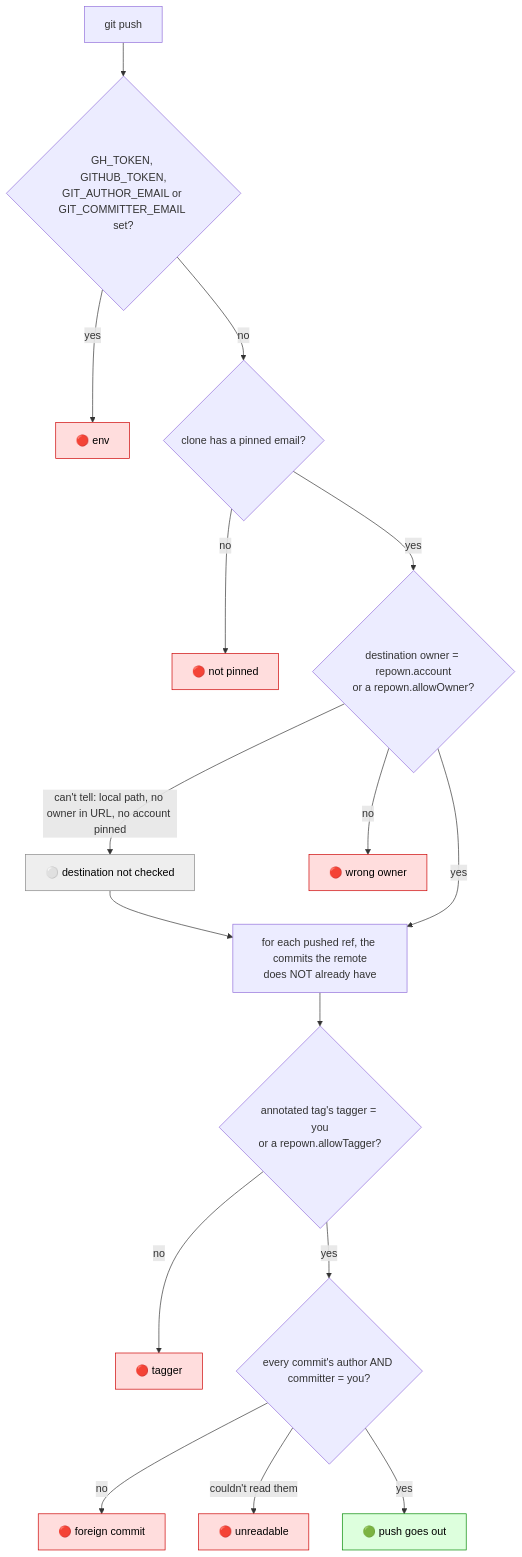
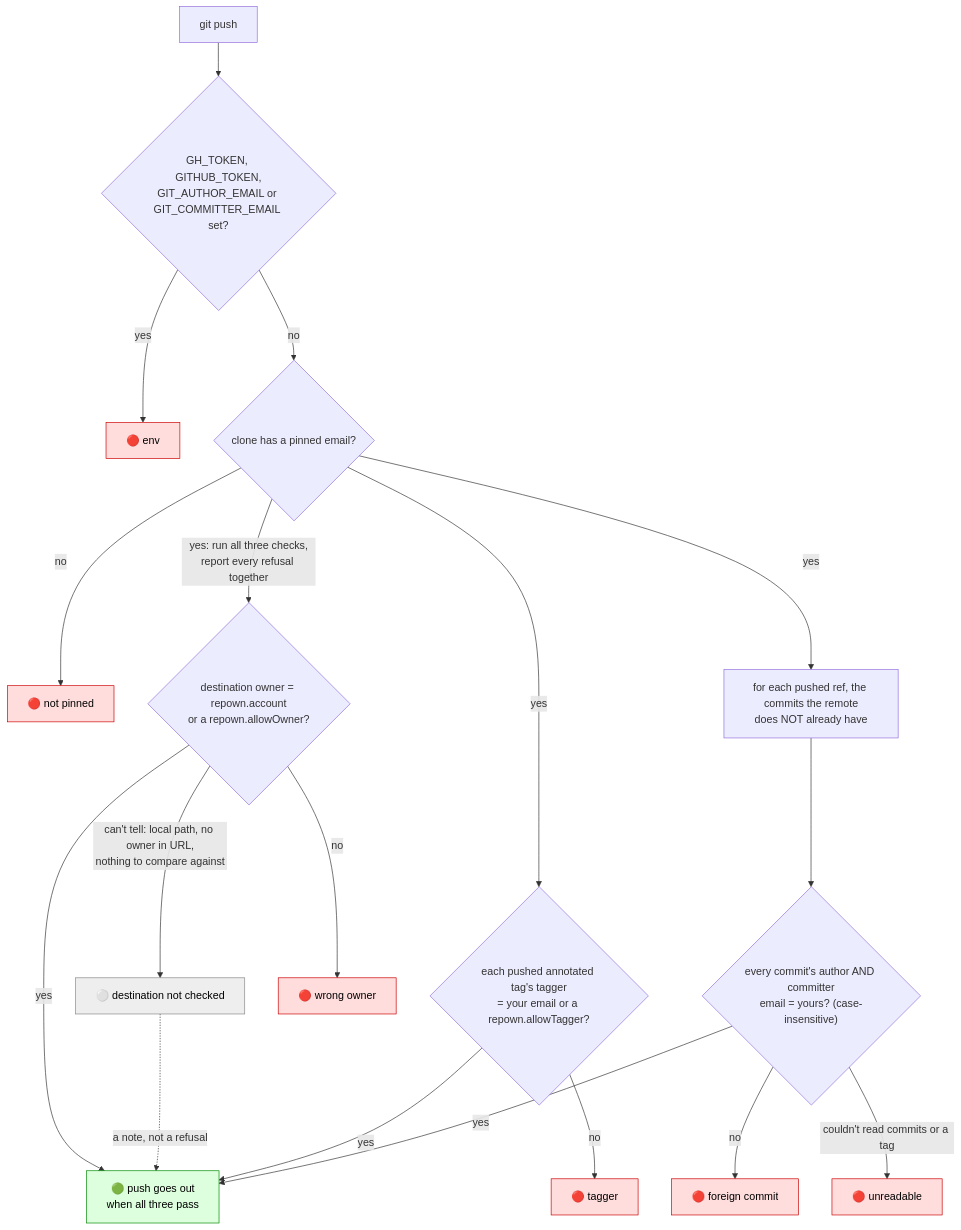
One commit to makubexD/repown changed the sixth of 8 diagrams in docs/HOW-IT-WORKS.md. Above: the diagram before and after it, drawn with Mermaid. The commit also changed other lines of this file and 13 other files, not shown here.

````diff
--- a/docs/HOW-IT-WORKS.md
+++ b/docs/HOW-IT-WORKS.md
@@ -230,23 +238,26 @@
 ```mermaid
 flowchart TD
   P[git push] --> E{GH_TOKEN, GITHUB_TOKEN,<br/>GIT_AUTHOR_EMAIL or GIT_COMMITTER_EMAIL set?}
   E -->|yes| X1[🔴 env]
   E -->|no| I{clone has a pinned email?}
   I -->|no| X2[🔴 not pinned]
-  I -->|yes| O{"destination owner = repown.account<br/>or a repown.allowOwner?"}
-  O -->|"can't tell: local path, no owner in URL, no account pinned"| N[⚪ destination not checked] --> C
+  I -->|"yes: run all three checks,<br/>report every refusal together"| O{"destination owner = repown.account<br/>or a repown.allowOwner?"}
+  I -->|yes| T{"each pushed annotated tag's tagger<br/>= your email or a repown.allowTagger?"}
+  I -->|yes| C["for each pushed ref, the commits the remote<br/>does NOT already have"]
+  O -->|"can't tell: local path, no owner in URL,<br/>nothing to compare against"| N[⚪ destination not checked]
   O -->|no| X3[🔴 wrong owner]
-  O -->|yes| C["for each pushed ref, the commits the remote<br/>does NOT already have"]
-  C --> T{"annotated tag's tagger = you<br/>or a repown.allowTagger?"}
   T -->|no| X4[🔴 tagger]
-  T -->|yes| A{"every commit's author AND committer = you?"}
+  C --> A{"every commit's author AND committer<br/>email = yours? (case-insensitive)"}
   A -->|no| X5[🔴 foreign commit]
-  A -->|"couldn't read them"| X6[🔴 unreadable]
-  A -->|yes| OK[🟢 push goes out]
+  A -->|"couldn't read commits or a tag"| X6[🔴 unreadable]
+  O -->|yes| OK["🟢 push goes out<br/>when all three pass"]
+  N -.->|a note, not a refusal| OK
+  T -->|yes| OK
+  A -->|yes| OK
   classDef bad fill:#fdd,stroke:#c00,color:#000
   classDef good fill:#dfd,stroke:#080,color:#000
   classDef na fill:#eee,stroke:#888,color:#000
   class X1,X2,X3,X4,X5,X6 bad
   class OK good
   class N na
 ```
````
